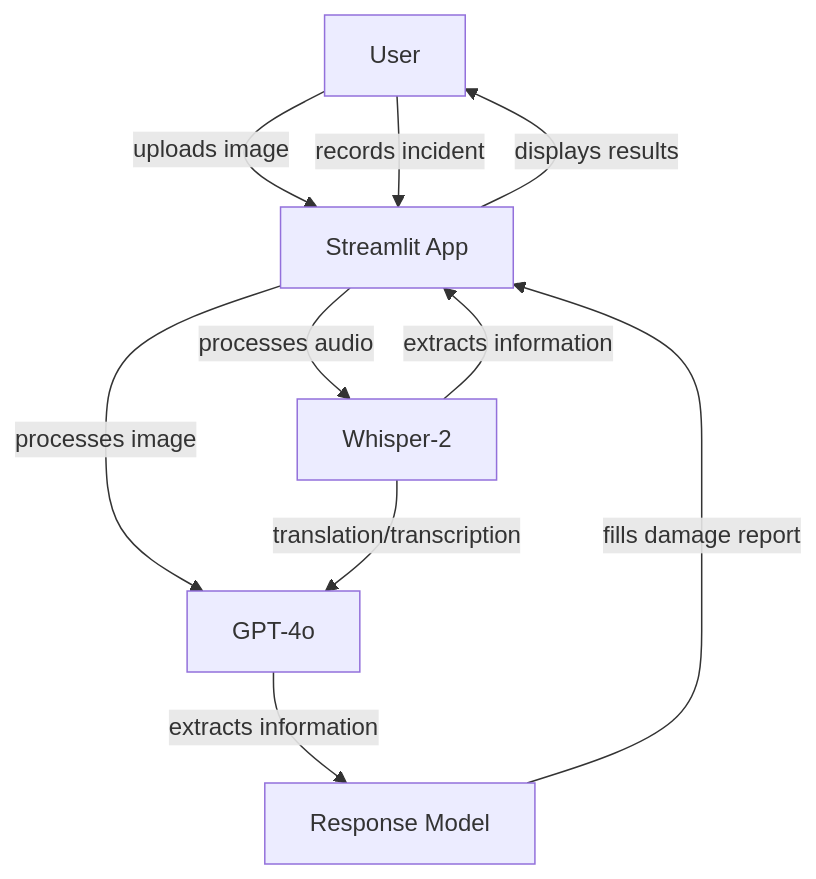
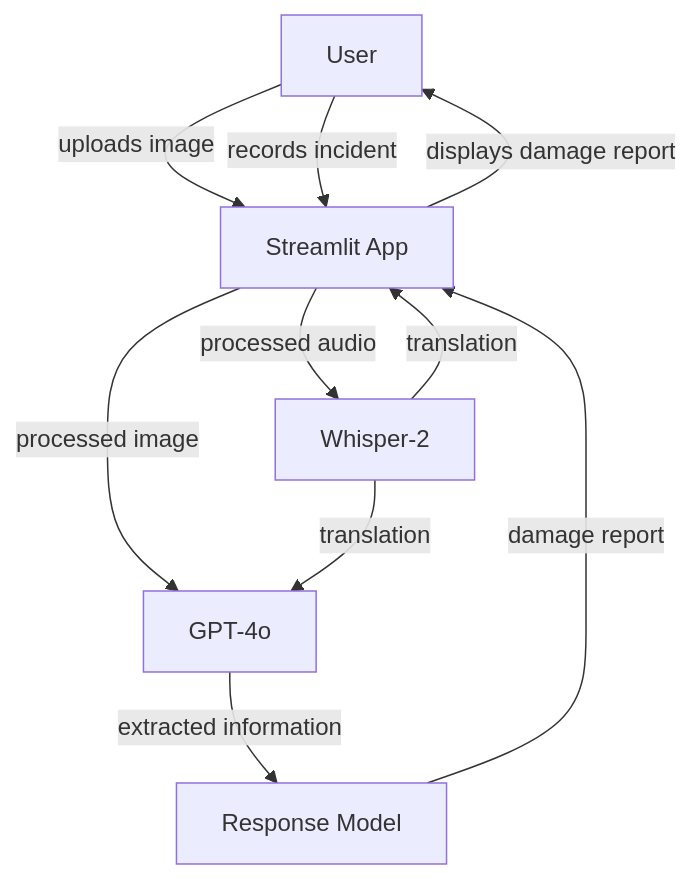
Before and after one commit to buenavista62/cc2024_crashy: the diagram in README.md, drawn with Mermaid.

Commit message:
update mermaid

````diff
--- a/README.md
+++ b/README.md
@@ -8,12 +8,12 @@
 ```mermaid
 graph TD;
     A[User] -->|uploads image| B[Streamlit App]
     A[User] -->|records incident| B
-    B -->|processes image| C[GPT-4o]
-    B -->|processes audio| D[Whisper-2]
-    D -->|translation/transcription| C
-    D -->|extracts information| B
-    C -->|extracts information| E[Response Model]
-    E -->|fills damage report| B
-    B -->|displays results| A
+    B -->|processed image| C[GPT-4o]
+    B -->|processed audio| D[Whisper-2]
+    D -->|translation| C
+    D -->|translation| B
+    C -->|extracted information| E[Response Model]
+    E -->|damage report| B
+    B -->|displays damage report| A
 ```
````
